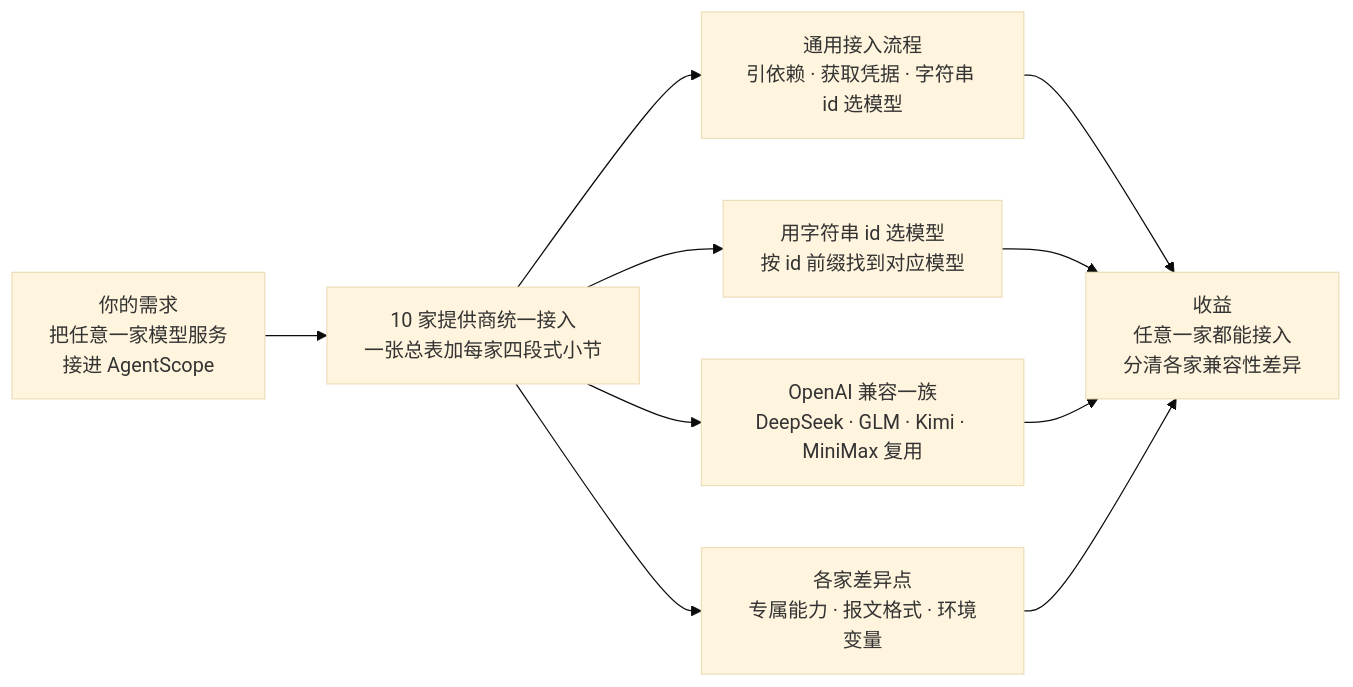
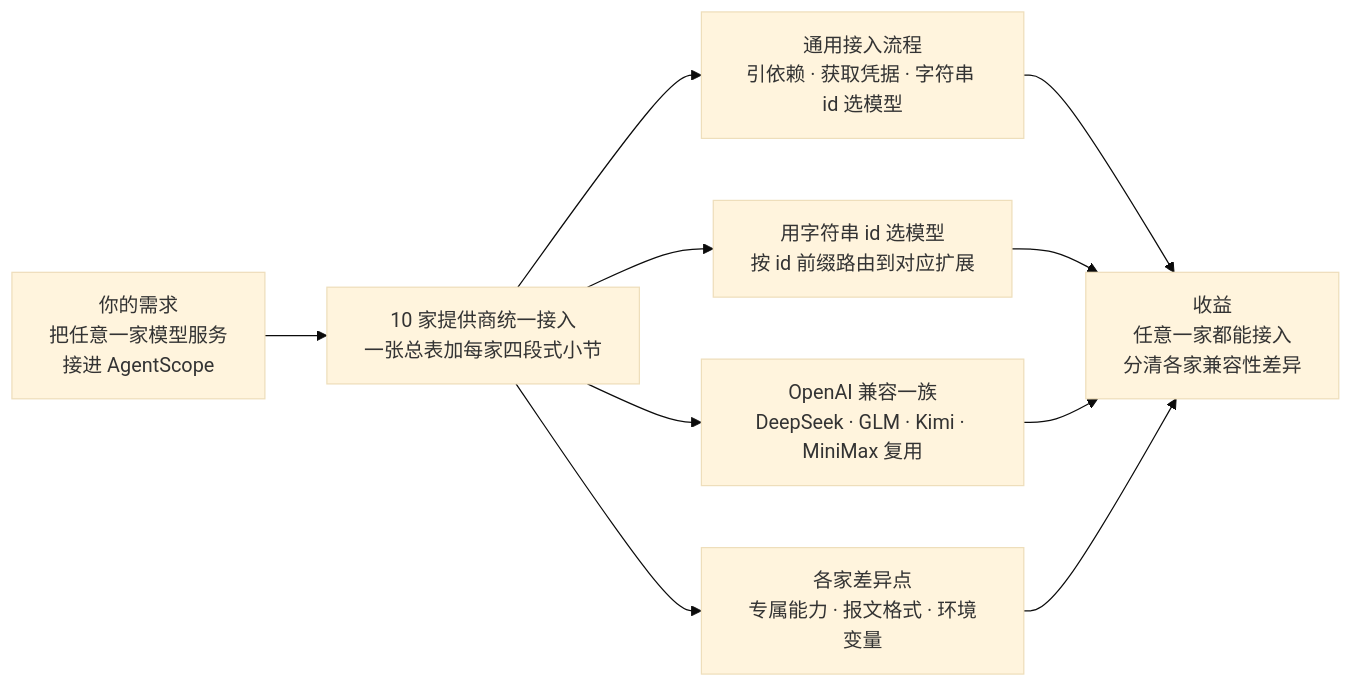
Before and after one commit to ybak/agentscope-2.0-tutorial: the first of 2 diagrams in chapters/21-model-providers.md, drawn with Mermaid (base theme). The commit also changed 2 other files, not shown here.

Commit message:
docs: 章首导览图·批次3终校：ch36/ch37/ch21 标签微调（fix r1）

````diff
--- a/chapters/21-model-providers.md
+++ b/chapters/21-model-providers.md
@@ -11,12 +11,12 @@
 ```mermaid
 flowchart LR
     A["你的需求<br/>把任意一家模型服务<br/>接进 AgentScope"] --> B["10 家提供商统一接入<br/>一张总表加每家四段式小节"]
     B --> C["通用接入流程<br/>引依赖 · 获取凭据 · 字符串 id 选模型"]
-    B --> D["用字符串 id 选模型<br/>按 id 前缀找到对应模型"]
+    B --> D["用字符串 id 选模型<br/>按 id 前缀路由到对应扩展"]
     B --> E["OpenAI 兼容一族<br/>DeepSeek · GLM · Kimi · MiniMax 复用"]
     B --> F["各家差异点<br/>专属能力 · 报文格式 · 环境变量"]
     C --> G["收益<br/>任意一家都能接入<br/>分清各家兼容性差异"]
     D --> G
     E --> G
     F --> G
 ```
````
